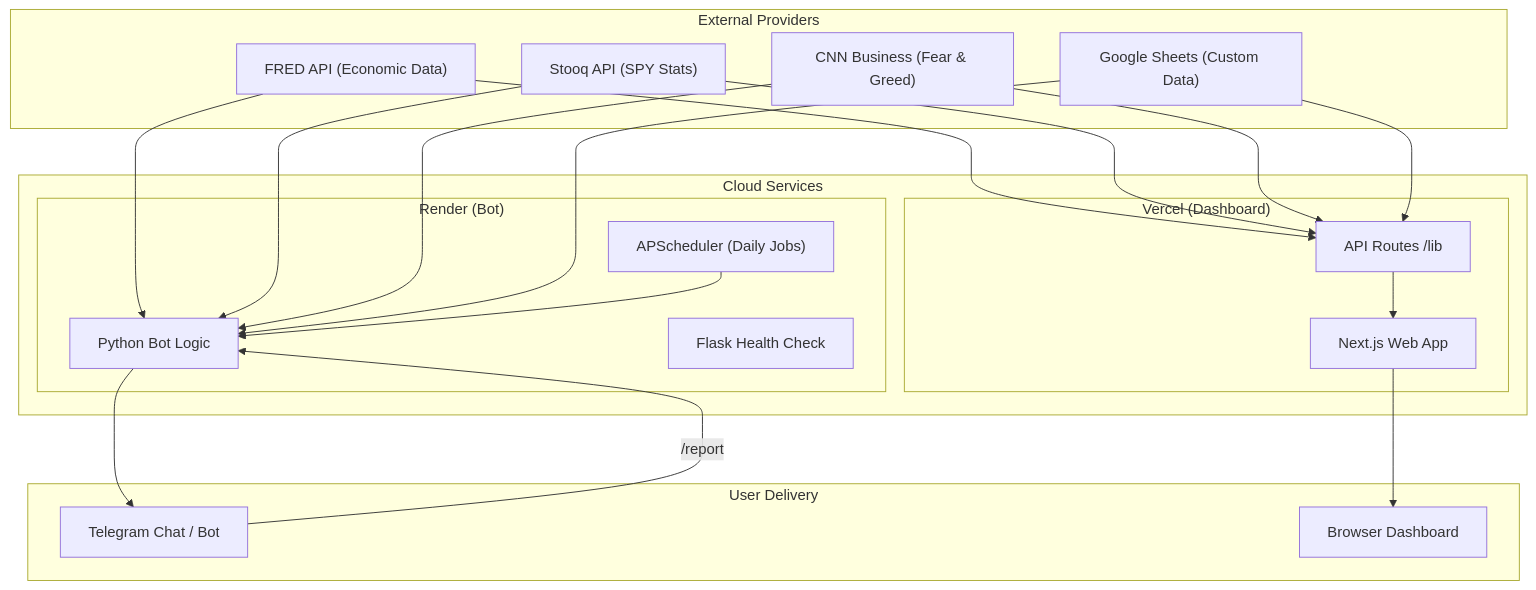
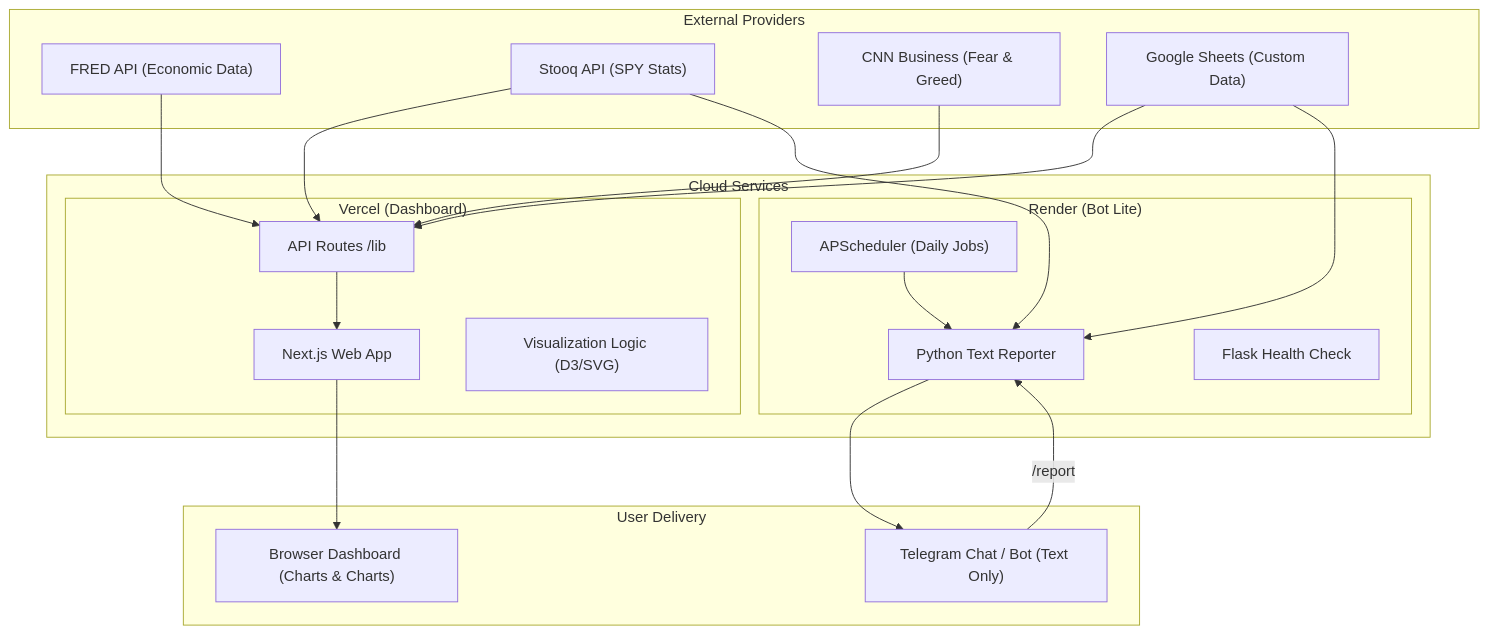
Before and after one commit to jalalchowdhury1/financial-telegram-bot: the diagram in docs/ARCHITECTURE.md, drawn with Mermaid. The commit also changed other lines of this file and 3 other files, not shown here.

Commit message:
Optimization: Refactored Bot to 'Lite' version (Text-only reports, removed plotting dependencies)

````diff
--- a/docs/ARCHITECTURE.md
+++ b/docs/ARCHITECTURE.md
@@ -7,46 +7,45 @@
 ```mermaid
 graph TD
     subgraph "External Providers"
         FRED["FRED API (Economic Data)"]
         Stooq["Stooq API (SPY Stats)"]
         CNN["CNN Business (Fear & Greed)"]
         Sheets["Google Sheets (Custom Data)"]
     end
 
     subgraph "Cloud Services"
         subgraph "Vercel (Dashboard)"
             DASH["Next.js Web App"]
             API["API Routes /lib"]
+            VIZ["Visualization Logic (D3/SVG)"]
         end
 
-        subgraph "Render (Bot)"
-            BOT["Python Bot Logic"]
+        subgraph "Render (Bot Lite)"
+            BOT["Python Text Reporter"]
             FLASK["Flask Health Check"]
             SCHED["APScheduler (Daily Jobs)"]
         end
     end
 
     subgraph "User Delivery"
-        TELEGRAM["Telegram Chat / Bot"]
-        WEB["Browser Dashboard"]
+        TELEGRAM["Telegram Chat / Bot (Text Only)"]
+        WEB["Browser Dashboard (Charts & Charts)"]
     end
 
     %% Data Extraction
     FRED --> API
     Stooq --> API
     CNN --> API
     Sheets --> API
 
-    FRED --> BOT
     Stooq --> BOT
-    CNN --> BOT
     Sheets --> BOT
 
     %% Delivery paths
     API --> DASH
     DASH --> WEB
     
     BOT --> TELEGRAM
     SCHED --> BOT
     TELEGRAM -- "/report" --> BOT
 ```
````
